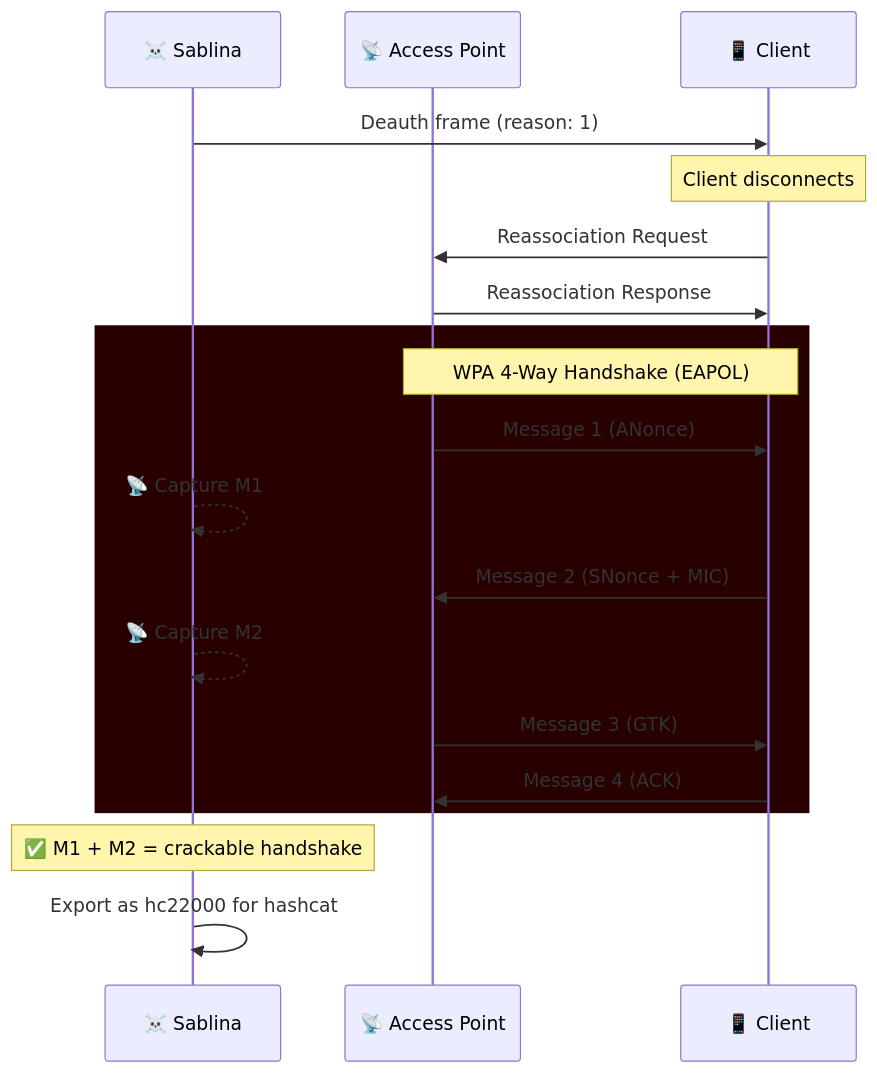
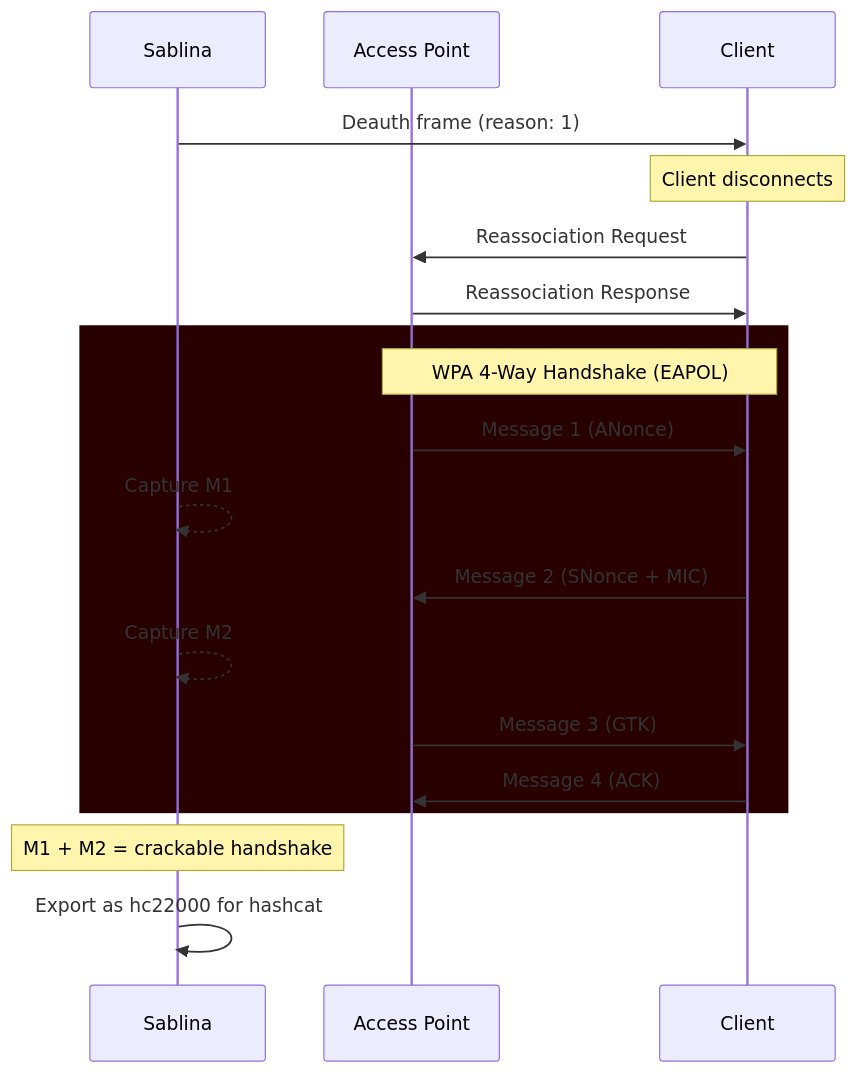
One commit to MaliosDark/Sablina-Tamagotchi-ESP32 changed the first of 14 diagrams in README.md. Above: the diagram before and after it, drawn with Mermaid. The commit also changed other lines of this file, not shown here.

````diff
--- a/README.md
+++ b/README.md
@@ -117,25 +120,25 @@
 ```mermaid
 sequenceDiagram
-    participant S as ☠️ Sablina
-    participant AP as 📡 Access Point
-    participant C as 📱 Client
+    participant S as Sablina
+    participant AP as Access Point
+    participant C as Client
 
     S->>C: Deauth frame (reason: 1)
     Note over C: Client disconnects
 
     C->>AP: Reassociation Request
     AP->>C: Reassociation Response
 
     rect rgb(40, 0, 0)
     Note over AP,C: WPA 4-Way Handshake (EAPOL)
     AP->>C: Message 1 (ANonce)
-    S-->>S: 📡 Capture M1
+    S-->>S: Capture M1
     C->>AP: Message 2 (SNonce + MIC)
-    S-->>S: 📡 Capture M2
+    S-->>S: Capture M2
     AP->>C: Message 3 (GTK)
     C->>AP: Message 4 (ACK)
     end
 
-    Note over S: ✅ M1 + M2 = crackable handshake
+    Note over S: M1 + M2 = crackable handshake
     S->>S: Export as hc22000 for hashcat
 ```
````
